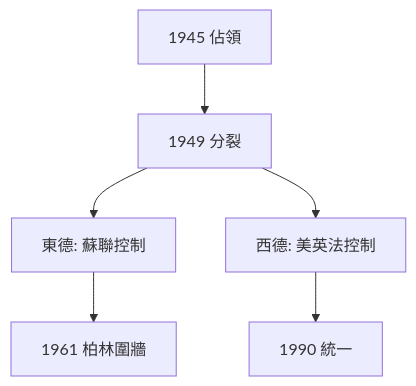
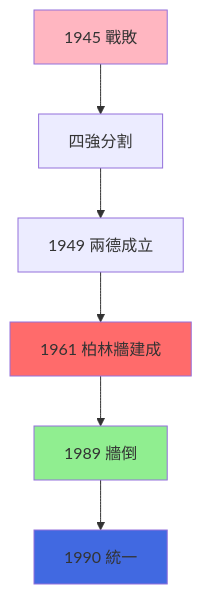
Before and after one commit to yip-lgtm/HKU-Harvard-History-Self-Study: the first of 3 diagrams in 01_HKU_Courses/HIST2076_Germany_and_the_Cold_War.md, drawn with Mermaid. The commit also changed other lines of this file and 65 other files, not shown here.

````diff
--- a/01_HKU_Courses/HIST2076_Germany_and_the_Cold_War.md
+++ b/01_HKU_Courses/HIST2076_Germany_and_the_Cold_War.md
@@ -119,8 +118,12 @@
 ```mermaid
-flowchart TD
-    A[1945 佔領] --> B[1949 分裂]
-    B --> C[東德: 蘇聯控制]
-    B --> D[西德: 美英法控制]
-    C --> E[1961 柏林圍牆]
-    D --> F[1990 統一]
+graph TD
+    A["1945 戰敗"] --> B["四強分割"]
+    B --> C["1949 兩德成立"]
+    C --> D["1961 柏林牆建成"]
+    D --> E["1989 牆倒"]
+    E --> F["1990 統一"]
+    style A fill:#FFB6C1
+    style D fill:#FF6B6B
+    style E fill:#90EE90
+    style F fill:#4169E1
 ```
````
